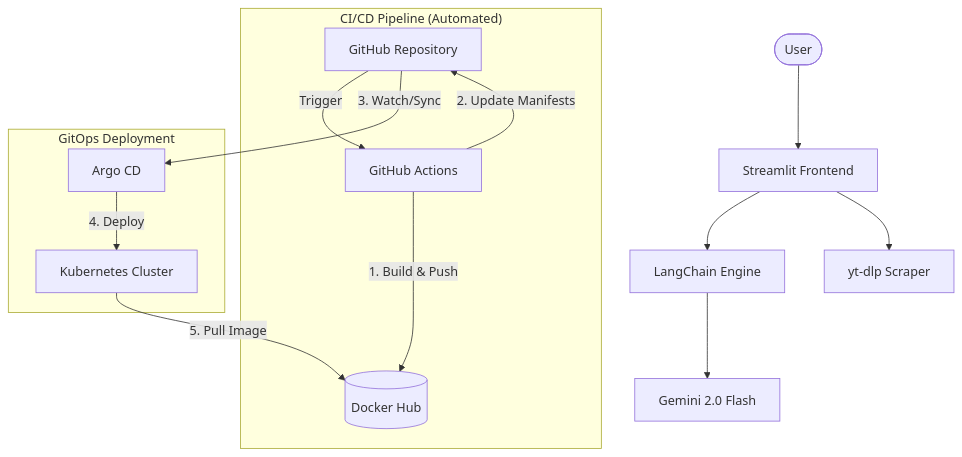
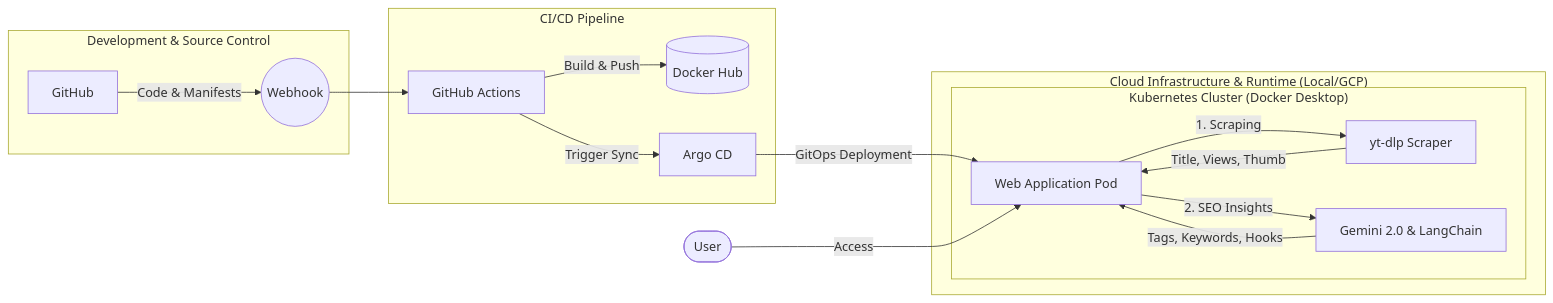
The diagram in README.md (Shoury22a/YouTube-SEO-Insights-Generator-using-Github-Actions-ArgoCD-Kubernetes), drawn with Mermaid before and after one commit.

Commit message:
docs: Align architecture diagram with visual model (GHA, Gemini, K8s)

````diff
--- a/README.md
+++ b/README.md
@@ -62,19 +62,24 @@
 ```mermaid
-graph TD
-    User([User]) --> UI[Streamlit Frontend]
-    UI --> LC[LangChain Engine]
-    LC --> Gemini[Gemini 2.0 Flash]
-    UI --> Scraper[yt-dlp Scraper]
-    
-    subgraph "CI/CD Pipeline (Automated)"
-        Code[GitHub Repository] -- Trigger --> GHA[GitHub Actions]
-        GHA -- 1. Build & Push --> Registry[(Docker Hub)]
-        GHA -- 2. Update Manifests --> Code
+graph LR
+    subgraph "Development & Source Control"
+        GH[GitHub] --> |Code & Manifests| Webhook((Webhook))
     end
 
-    subgraph "GitOps Deployment"
-        Code -- 3. Watch/Sync --> ArgoCD[Argo CD]
-        ArgoCD -- 4. Deploy --> K8s[Kubernetes Cluster]
-        K8s -- 5. Pull Image --> Registry
+    subgraph "CI/CD Pipeline"
+        Webhook --> GHA[GitHub Actions]
+        GHA --> |Build & Push| Registry[(Docker Hub)]
+        GHA --> |Trigger Sync| ArgoCD[Argo CD]
     end
+
+    subgraph "Cloud Infrastructure & Runtime (Local/GCP)"
+        subgraph "Kubernetes Cluster (Docker Desktop)"
+            ArgoCD --> |GitOps Deployment| Pod[Web Application Pod]
+            Pod --> |1. Scraping| Scraper[yt-dlp Scraper]
+            Scraper --> |Title, Views, Thumb| Pod
+            Pod --> |2. SEO Insights| Gemini[Gemini 2.0 & LangChain]
+            Gemini --> |Tags, Keywords, Hooks| Pod
+        end
+    end
+
+    User([User]) --> |Access| Pod
 ```
````
